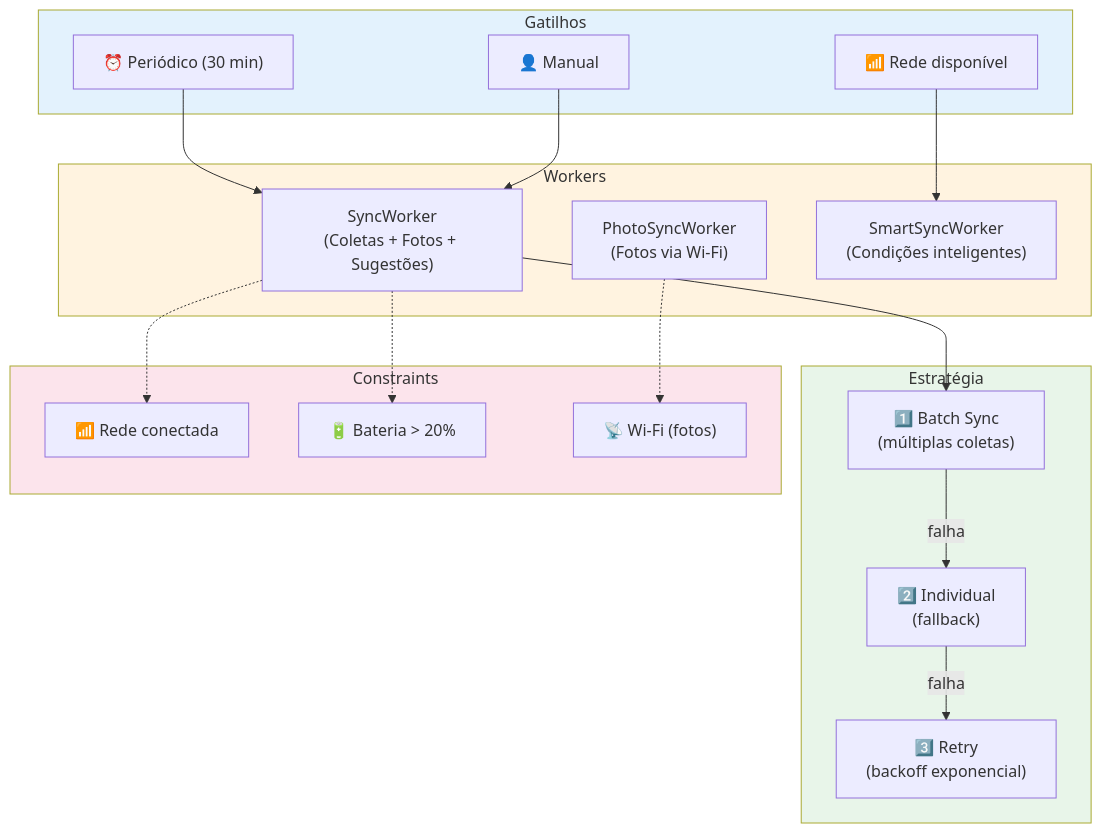
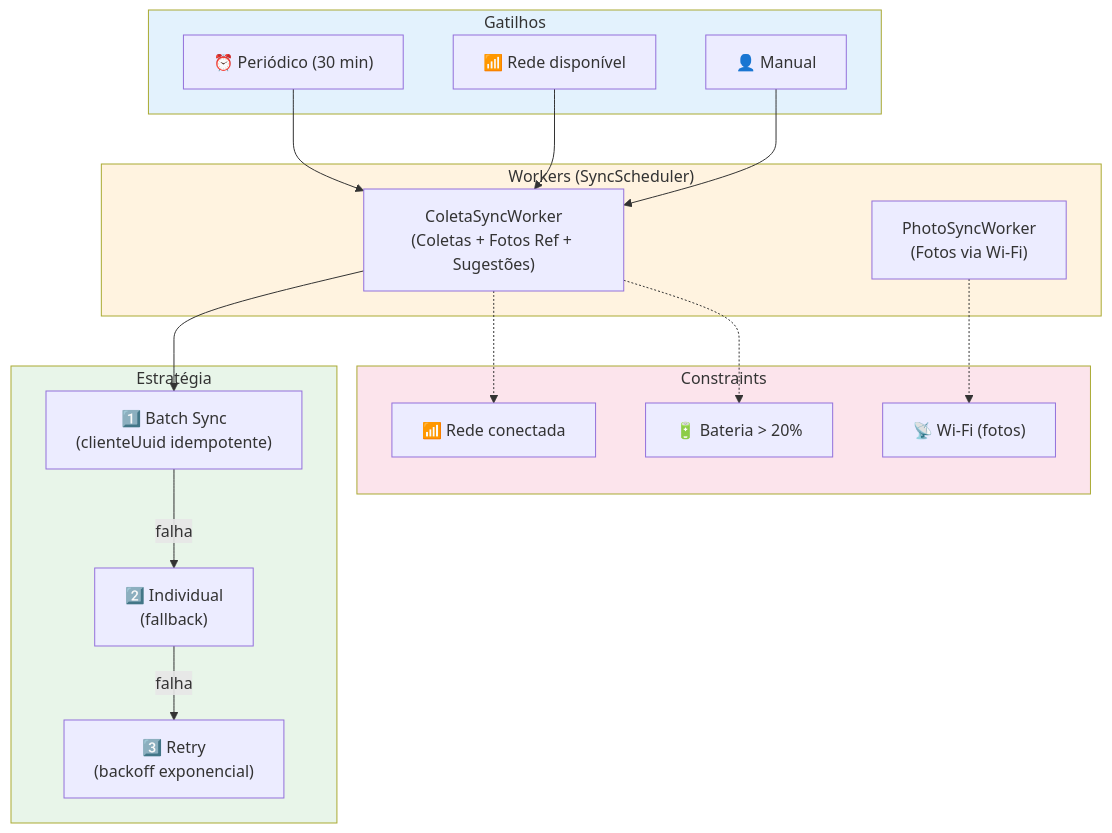
The sixth of 7 diagrams in InventarioMobile/DOCUMENTACAO_PROJETO.md (romuloaraujo1988/MASTER_INVENTARIO), drawn with Mermaid before and after one commit. The commit also changed other lines of this file and 189 other files, not shown here.

````diff
--- a/InventarioMobile/DOCUMENTACAO_PROJETO.md
+++ b/InventarioMobile/DOCUMENTACAO_PROJETO.md
@@ -436,43 +434,42 @@
 ```mermaid
 flowchart TD
     subgraph Triggers["Gatilhos"]
         T1["⏰ Periódico (30 min)"]
         T2["📶 Rede disponível"]
         T3["👤 Manual"]
     end
     
-    subgraph Workers["Workers"]
-        SW["SyncWorker<br/>(Coletas + Fotos + Sugestões)"]
+    subgraph Workers["Workers (SyncScheduler)"]
+        SW["ColetaSyncWorker<br/>(Coletas + Fotos Ref + Sugestões)"]
         PW["PhotoSyncWorker<br/>(Fotos via Wi-Fi)"]
-        SMART["SmartSyncWorker<br/>(Condições inteligentes)"]
     end
     
     subgraph Strategy["Estratégia"]
-        BATCH["1️⃣ Batch Sync<br/>(múltiplas coletas)"]
+        BATCH["1️⃣ Batch Sync<br/>(clienteUuid idempotente)"]
         INDIVIDUAL["2️⃣ Individual<br/>(fallback)"]
         RETRY["3️⃣ Retry<br/>(backoff exponencial)"]
     end
     
     subgraph Constraints["Constraints"]
         NET["📶 Rede conectada"]
         BAT["🔋 Bateria > 20%"]
         WIFI["📡 Wi-Fi (fotos)"]
     end
     
     T1 --> SW
-    T2 --> SMART
+    T2 --> SW
     T3 --> SW
     
     SW --> BATCH
     BATCH -->|"falha"| INDIVIDUAL
     INDIVIDUAL -->|"falha"| RETRY
     
     SW -.-> NET
     SW -.-> BAT
     PW -.-> WIFI
 
     style Triggers fill:#E3F2FD
     style Workers fill:#FFF3E0
     style Strategy fill:#E8F5E9
     style Constraints fill:#FCE4EC
 ```
````
